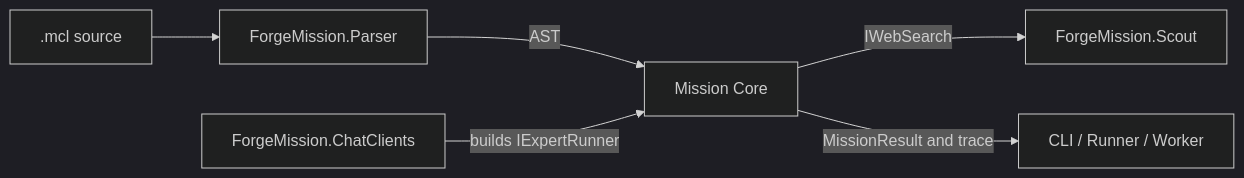
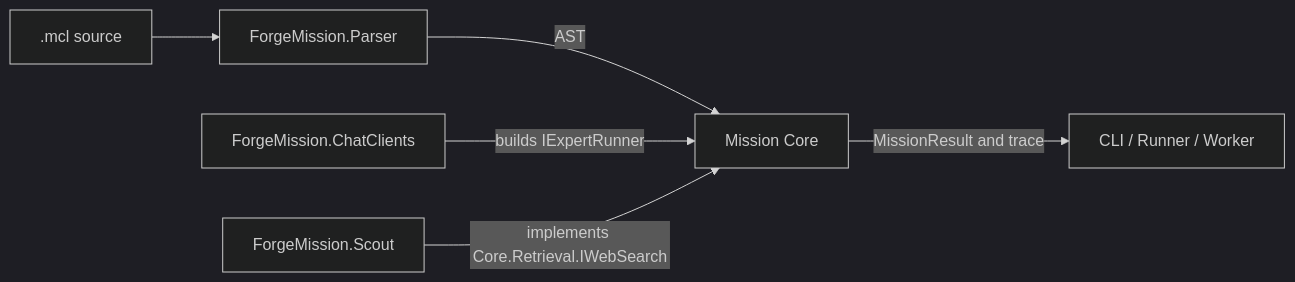
One commit to katasec/mission-control-language changed the diagram in src/ForgeMission.Core/README.md. Above: the diagram before and after it, drawn with Mermaid (dark theme). The commit also changed other lines of this file and 20 other files, not shown here.

````diff
--- a/src/ForgeMission.Core/README.md
+++ b/src/ForgeMission.Core/README.md
@@ -44,8 +46,8 @@
 ```mermaid
 flowchart LR
   Source[.mcl source] --> Parser[ForgeMission.Parser]
   Parser -->|AST| Core[Mission Core]
   Clients[ForgeMission.ChatClients] -->|builds IExpertRunner| Core
-  Core -->|IWebSearch| Scout[ForgeMission.Scout]
+  Scout[ForgeMission.Scout] -->|implements Core.Retrieval.IWebSearch| Core
   Core -->|MissionResult and trace| Host[CLI / Runner / Worker]
 ```
````
